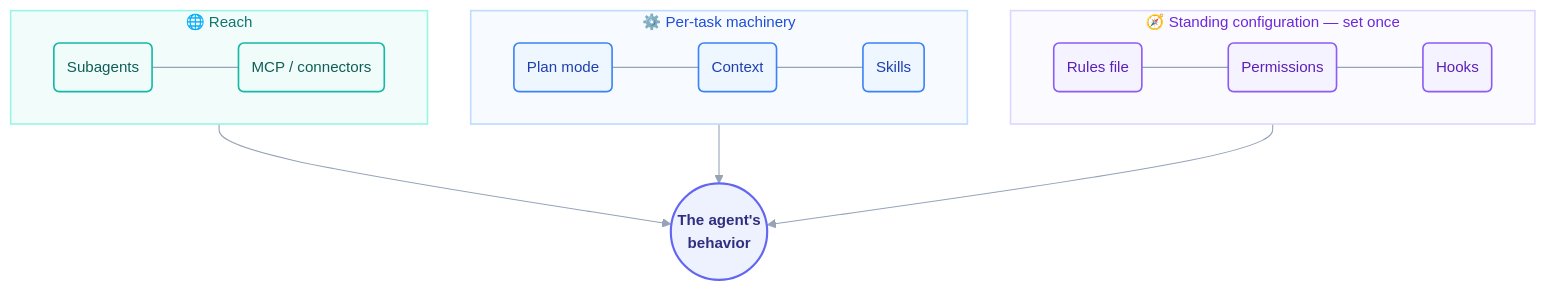
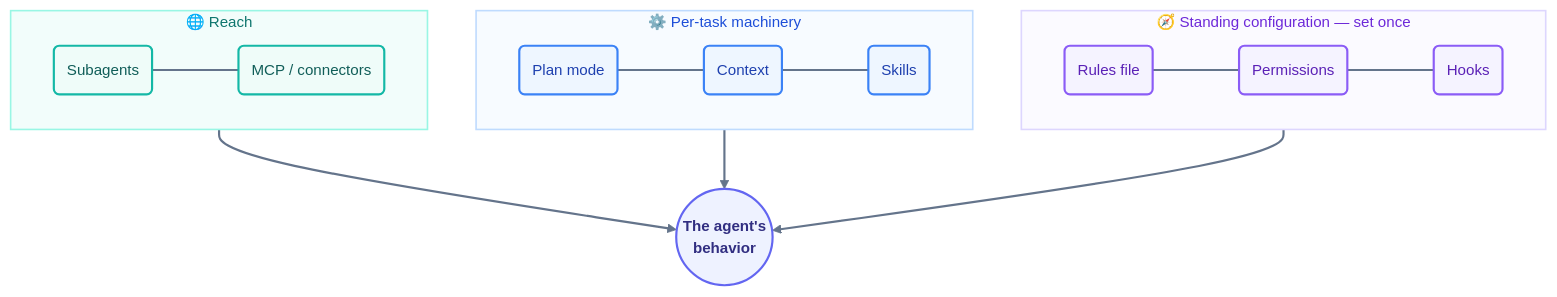
The diagram in docs/01-prerequisites/agentic-coding-primer.md (ayeshakhalid192007-dev/LoopEngineering-CrashCourse), drawn with Mermaid before and after one commit. The commit also changed 66 other files, not shown here.

First line of the commit message:
docs(diagrams): bolden and unify all 70 mermaid diagrams

````diff
--- a/docs/01-prerequisites/agentic-coding-primer.md
+++ b/docs/01-prerequisites/agentic-coding-primer.md
@@ -28,26 +28,27 @@
 ```mermaid
-%%{init: {'theme':'base','themeVariables':{'fontFamily':'ui-sans-serif, system-ui, sans-serif','fontSize':'14px','lineColor':'#94a3b8'},'flowchart':{'curve':'basis','nodeSpacing':40,'rankSpacing':55,'padding':12}}}%%
+%%{init: {'theme':'base','themeVariables':{'fontFamily':'ui-sans-serif, system-ui, sans-serif','fontSize':'14px','lineColor':'#64748b','edgeLabelBackground':'#f8fafc'},'flowchart':{'curve':'basis','nodeSpacing':45,'rankSpacing':55,'padding':12}}}%%
 flowchart TD
     subgraph STAND ["🧭  Standing configuration — set once"]
       direction LR
       R("Rules file"):::cfg --- P("Permissions"):::cfg --- H("Hooks"):::cfg
     end
     subgraph TASK ["⚙️  Per-task machinery"]
       direction LR
       PM("Plan mode"):::task --- C("Context"):::task --- S("Skills"):::task
     end
     subgraph REACH ["🌐  Reach"]
       direction LR
       SA("Subagents"):::reach --- M("MCP / connectors"):::reach
     end
     R --> A(("<b>The agent's<br/>behavior</b>")):::agent
     PM --> A
     SA --> A
-    classDef cfg fill:#f5f3ff,stroke:#8b5cf6,stroke-width:1.5px,color:#5b21b6;
-    classDef task fill:#eef6ff,stroke:#3b82f6,stroke-width:1.5px,color:#1e40af;
-    classDef reach fill:#effcf9,stroke:#14b8a6,stroke-width:1.5px,color:#115e59;
+    linkStyle default stroke:#64748b,stroke-width:2px;
+    classDef cfg fill:#f5f3ff,stroke:#8b5cf6,stroke-width:2px,color:#5b21b6;
+    classDef task fill:#eef6ff,stroke:#3b82f6,stroke-width:2px,color:#1e40af;
+    classDef reach fill:#effcf9,stroke:#14b8a6,stroke-width:2px,color:#115e59;
     classDef agent fill:#eef2ff,stroke:#6366f1,stroke-width:2px,color:#312e81;
     style STAND fill:#fbfaff,stroke:#ddd6fe,stroke-width:1.5px,color:#6d28d9;
     style TASK fill:#f7fbff,stroke:#bfdbfe,stroke-width:1.5px,color:#1d4ed8;
     style REACH fill:#f2fdfb,stroke:#99f6e4,stroke-width:1.5px,color:#0f766e;
 ```
````
